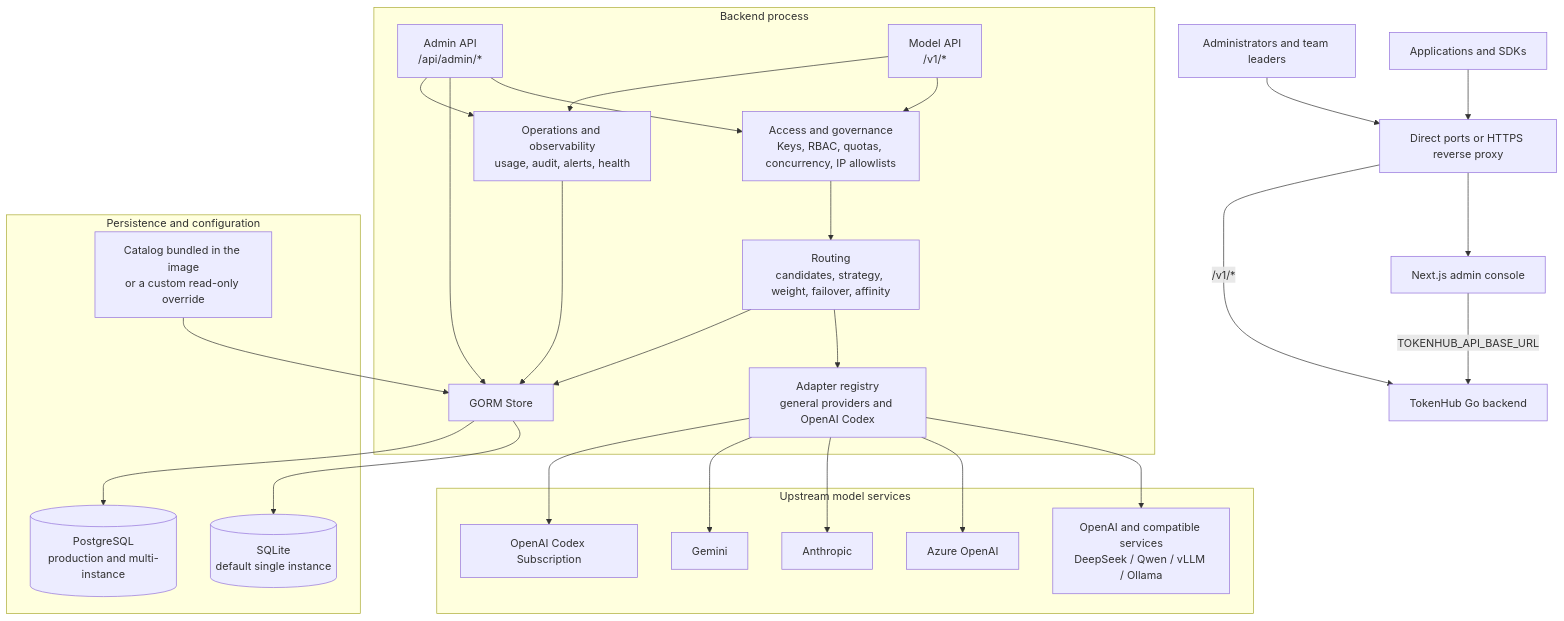
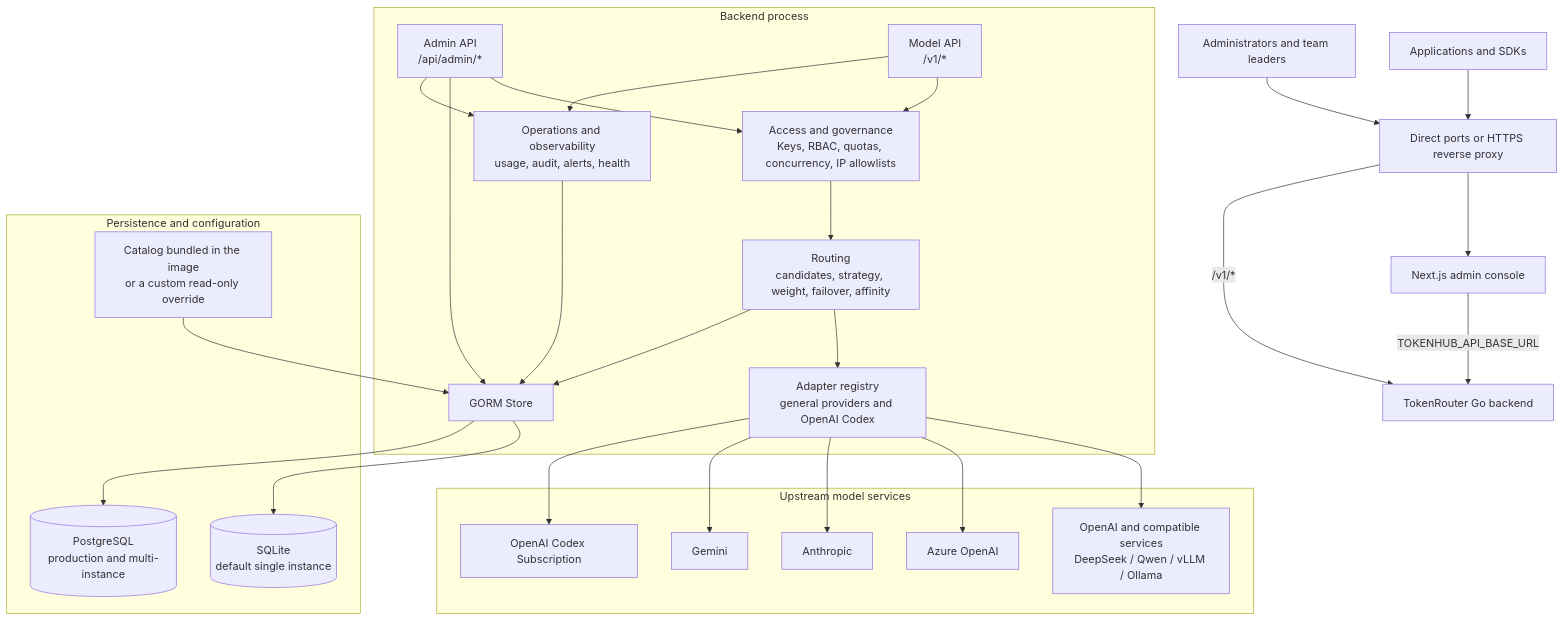
Before and after one commit to GalaxyForgeAI/TokenRouter: the first of 3 diagrams in docs/architecture.md, drawn with Mermaid. The commit also changed other lines of this file and 110 other files, not shown here.

First line of the commit message:
Rebrand TokenHub → TokenRouter 炬枢 + UI redesign (React Bits + design system)

````diff
--- a/docs/architecture.md
+++ b/docs/architecture.md
@@ -11,51 +11,51 @@
 ```mermaid
 flowchart TB
     admin["Administrators and team leaders"]
     app["Applications and SDKs"]
     ingress["Direct ports or HTTPS reverse proxy"]
     frontend["Next.js admin console"]
-    backend["TokenHub Go backend"]
+    backend["TokenRouter Go backend"]
 
     subgraph backendProcess["Backend process"]
         adminApi["Admin API\n/api/admin/*"]
         modelApi["Model API\n/v1/*"]
         governance["Access and governance\nKeys, RBAC, quotas, concurrency, IP allowlists"]
         routing["Routing\ncandidates, strategy, weight, failover, affinity"]
         adapters["Adapter registry\ngeneral providers and OpenAI Codex"]
         operations["Operations and observability\nusage, audit, alerts, health"]
         store["GORM Store"]
 
         adminApi --> governance
         adminApi --> store
         modelApi --> governance --> routing --> adapters
         modelApi --> operations --> store
         adminApi --> operations
         routing --> store
     end
 
     subgraph persistence["Persistence and configuration"]
         sqlite[("SQLite\ndefault single instance")]
         postgres[("PostgreSQL\nproduction and multi-instance")]
         catalog["Catalog bundled in the image\nor a custom read-only override"]
     end
 
     subgraph upstream["Upstream model services"]
         compatible["OpenAI and compatible services\nDeepSeek / Qwen / vLLM / Ollama"]
         azure["Azure OpenAI"]
         anthropic["Anthropic"]
         gemini["Gemini"]
         codex["OpenAI Codex Subscription"]
     end
 
     admin --> ingress --> frontend
     frontend -->|"TOKENHUB_API_BASE_URL"| backend
     app --> ingress -->|"/v1/*"| backend
     adapters --> compatible
     adapters --> azure
     adapters --> anthropic
     adapters --> gemini
     adapters --> codex
     store --> sqlite
     store --> postgres
     catalog --> store
 ```
````
